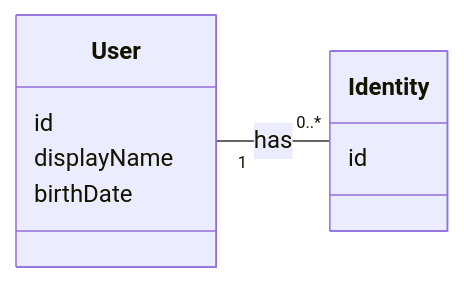
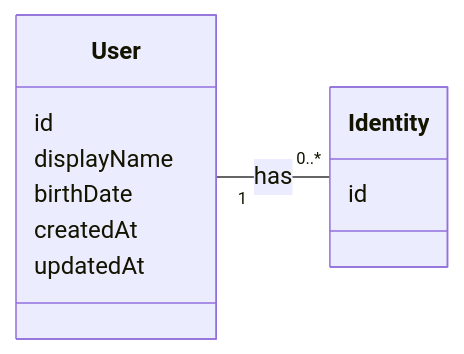
Before and after one commit to qkitzero/user-service: the first of 2 diagrams in README.md, drawn with Mermaid.

Commit message:
update: readme (#145)

````diff
--- a/README.md
+++ b/README.md
@@ -19,16 +19,18 @@
 ```mermaid
 classDiagram
     direction LR
 
     class User {
         id
         displayName
         birthDate
+        createdAt
+        updatedAt
     }
 
     class Identity {
         id
     }
 
     User "1" -- "0..*" Identity : has
 ```
````
